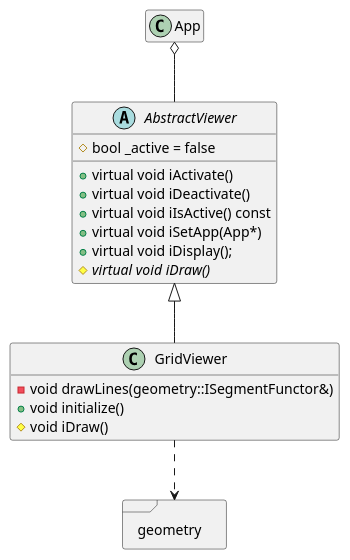
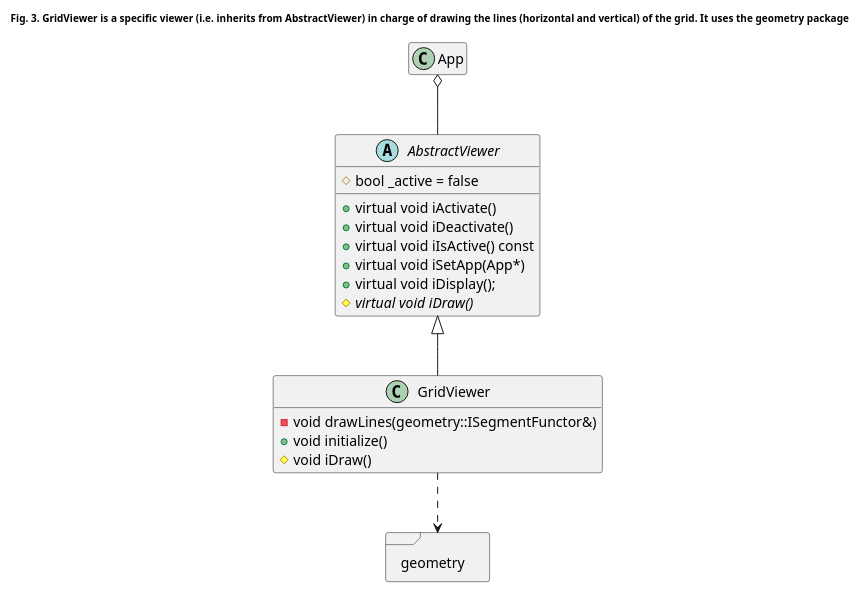
One commit to kanmeugne/kanmeugne.github.io changed the third of 5 diagrams in _posts/modsim/2020-09-29-sfml-2d-grid.md. Above: the diagram before and after it, drawn with PlantUML. The commit also changed other lines of this file and 2 other files, not shown here.

Commit message:
improve graphics and article structure

```diff
--- a/_posts/modsim/2020-09-29-sfml-2d-grid.md
+++ b/_posts/modsim/2020-09-29-sfml-2d-grid.md
@@ -151,37 +146,40 @@
 {% plantuml %}
 
 @startuml
+title
+<size:10> Fig. 3. GridViewer is a specific viewer (i.e. inherits from AbstractViewer) in charge of drawing the lines (horizontal and vertical) of the grid. It uses the geometry package </size>
+end title
 class App {
     + {static} const int DEFAULT_HEIGHT
     + {static} const int DEFAULT_WIDTH
     + {static} const int DEFAULT_RESX
     + {static} const int DEFAULT_RESY
     + void run()
     + void display()
 }
 abstract class AbstractViewer {
     + virtual void iActivate()
     + virtual void iDeactivate()
     + virtual void iIsActive() const
     + virtual void iSetApp(App*)
     + virtual void iDisplay();
     # {abstract} virtual void iDraw()
     # bool _active = false
 }
 class GridViewer {
     - void drawLines(geometry::ISegmentFunctor&)
     + void initialize()
     # void iDraw()
 }
 package geometry <<Frame>>{
 
 }
 class GridViewer extends AbstractViewer
 App o-- AbstractViewer
 GridViewer ..> geometry
 hide App members
 hide GridViewer fields
 
 @enduml
 
 {% endplantuml %}
```
